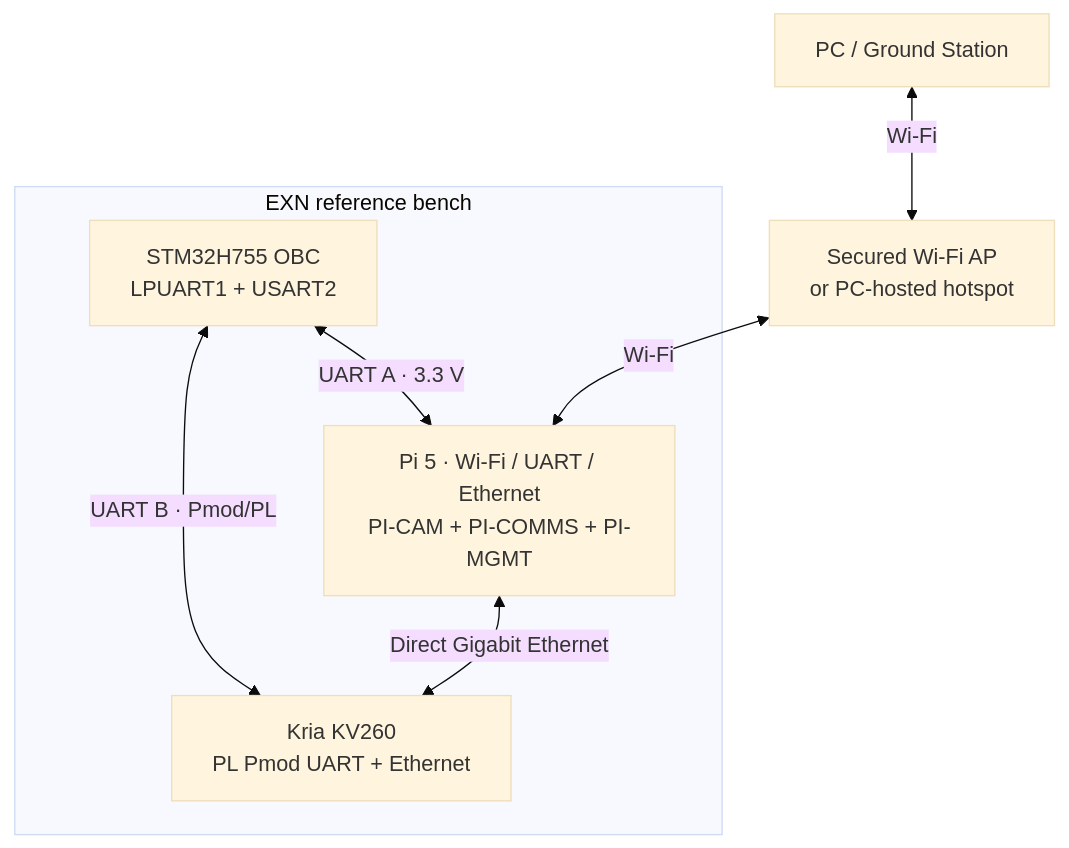
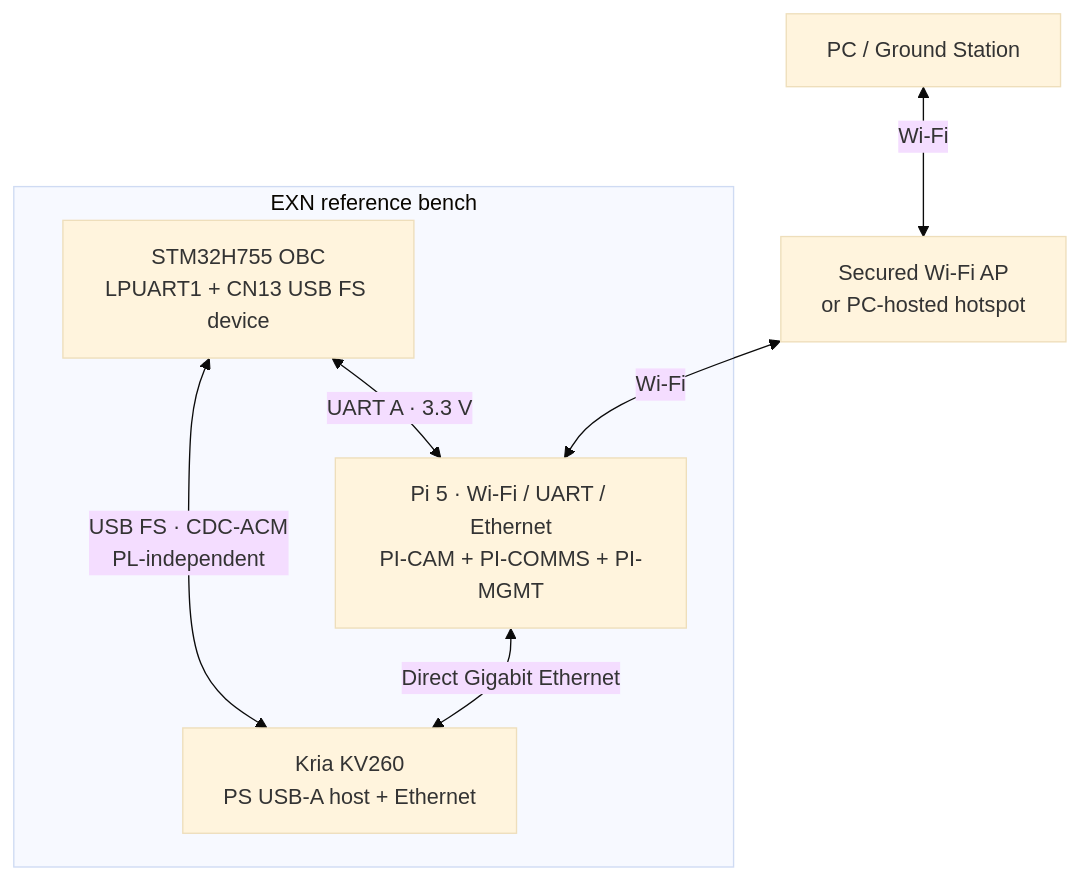
One commit to ExoSpaceLabs/exn changed the third of 10 diagrams in docs/architecture.md. Above: the diagram before and after it, drawn with Mermaid (base theme). The commit also changed other lines of this file and 10 other files, not shown here.

First line of the commit message:
docs(exn): use KV260 PS USB host and STM32 CDC device for OBC–FPGA control (#10)

````diff
--- a/docs/architecture.md
+++ b/docs/architecture.md
@@ -116,15 +116,15 @@
 ```mermaid
 flowchart TB
   GS["PC / Ground Station"]
   WIFI["Secured Wi-Fi AP<br/>or PC-hosted hotspot"]
   subgraph BENCH["EXN reference bench"]
     PI5["Pi 5 · Wi-Fi / UART / Ethernet<br/>PI-CAM + PI-COMMS + PI-MGMT"]
-    MCU["STM32H755 OBC<br/>LPUART1 + USART2"]
-    FPGA["Kria KV260<br/>PL Pmod UART + Ethernet"]
+    MCU["STM32H755 OBC<br/>LPUART1 + CN13 USB FS device"]
+    FPGA["Kria KV260<br/>PS USB-A host + Ethernet"]
     MCU <-->|"UART A · 3.3 V"| PI5
-    MCU <-->|"UART B · Pmod/PL"| FPGA
+    MCU <-->|"USB FS · CDC-ACM<br/>PL-independent"| FPGA
     PI5 <-->|"Direct Gigabit Ethernet"| FPGA
   end
   GS <-->|"Wi-Fi"| WIFI
   WIFI <-->|"Wi-Fi"| PI5
 ```
````
